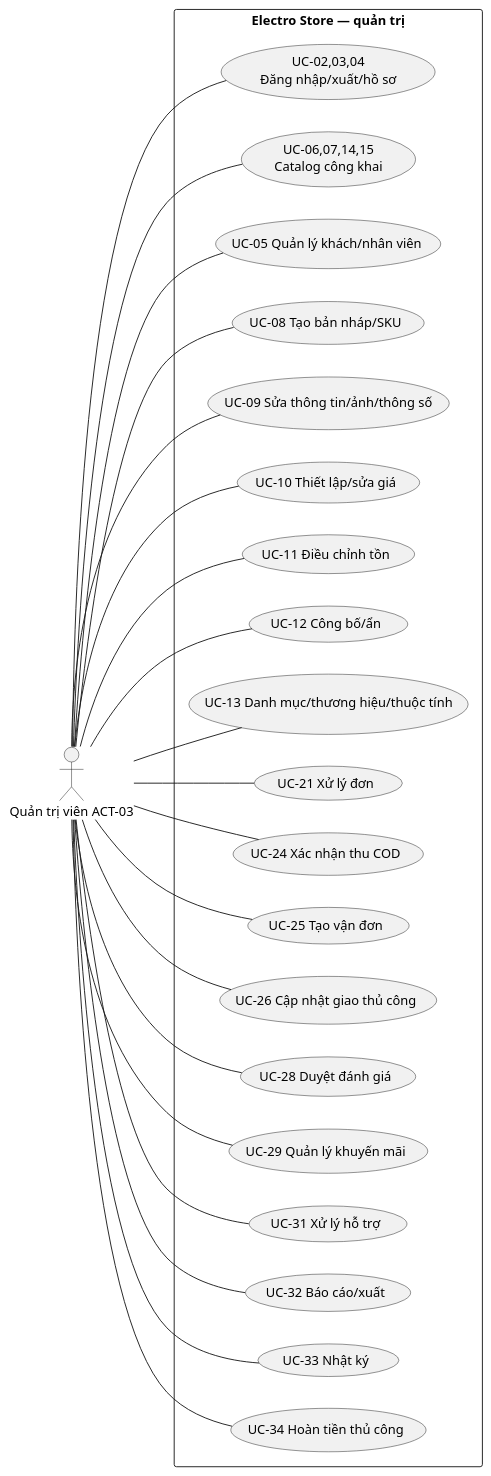
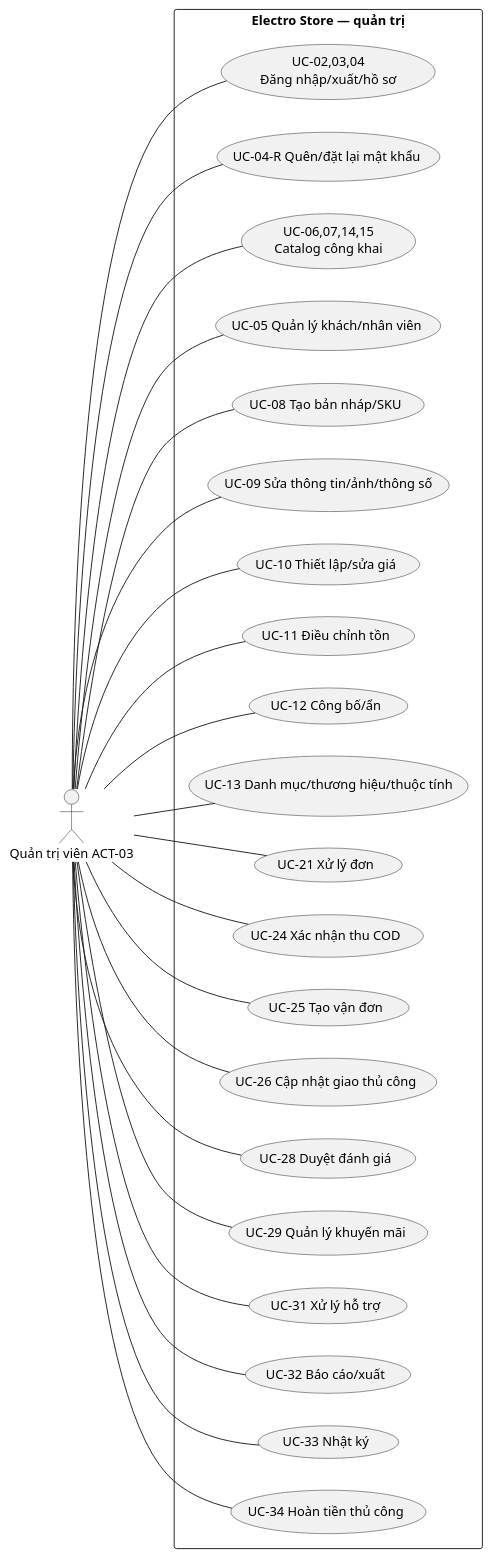
The diagram in docs/diagrams/03_quan_tri.puml (hungpkaa/x-y-d-ng-web-b-n-h-ng-i-n-t-cho-m-t-c-a-h-ng), drawn with PlantUML before and after one commit. The commit also changed 134 other files, not shown here.

```diff
--- a/docs/diagrams/03_quan_tri.puml
+++ b/docs/diagrams/03_quan_tri.puml
@@ -1,44 +1,46 @@
 @startuml
 left to right direction
 actor "Quản trị viên ACT-03" as Q
 rectangle "Electro Store — quản trị" {
   usecase "UC-02,03,04\nĐăng nhập/xuất/hồ sơ" as I
+  usecase "UC-04-R Quên/đặt lại mật khẩu" as reset
   usecase "UC-06,07,14,15\nCatalog công khai" as C
   usecase "UC-05 Quản lý khách/nhân viên" as U05
   usecase "UC-08 Tạo bản nháp/SKU" as U08
   usecase "UC-09 Sửa thông tin/ảnh/thông số" as U09
   usecase "UC-10 Thiết lập/sửa giá" as U10
   usecase "UC-11 Điều chỉnh tồn" as U11
   usecase "UC-12 Công bố/ẩn" as U12
   usecase "UC-13 Danh mục/thương hiệu/thuộc tính" as U13
   usecase "UC-21 Xử lý đơn" as U21
   usecase "UC-24 Xác nhận thu COD" as U24
   usecase "UC-25 Tạo vận đơn" as U25
   usecase "UC-26 Cập nhật giao thủ công" as U26
   usecase "UC-28 Duyệt đánh giá" as U28
   usecase "UC-29 Quản lý khuyến mãi" as U29
   usecase "UC-31 Xử lý hỗ trợ" as U31
   usecase "UC-32 Báo cáo/xuất" as U32
   usecase "UC-33 Nhật ký" as U33
   usecase "UC-34 Hoàn tiền thủ công" as U34
 }
 Q -- I
+Q -- reset
 Q -- C
 Q -- U05
 Q -- U08
 Q -- U09
 Q -- U10
 Q -- U11
 Q -- U12
 Q -- U13
 Q -- U21
 Q -- U24
 Q -- U25
 Q -- U26
 Q -- U28
 Q -- U29
 Q -- U31
 Q -- U32
 Q -- U33
 Q -- U34
 @enduml
```
